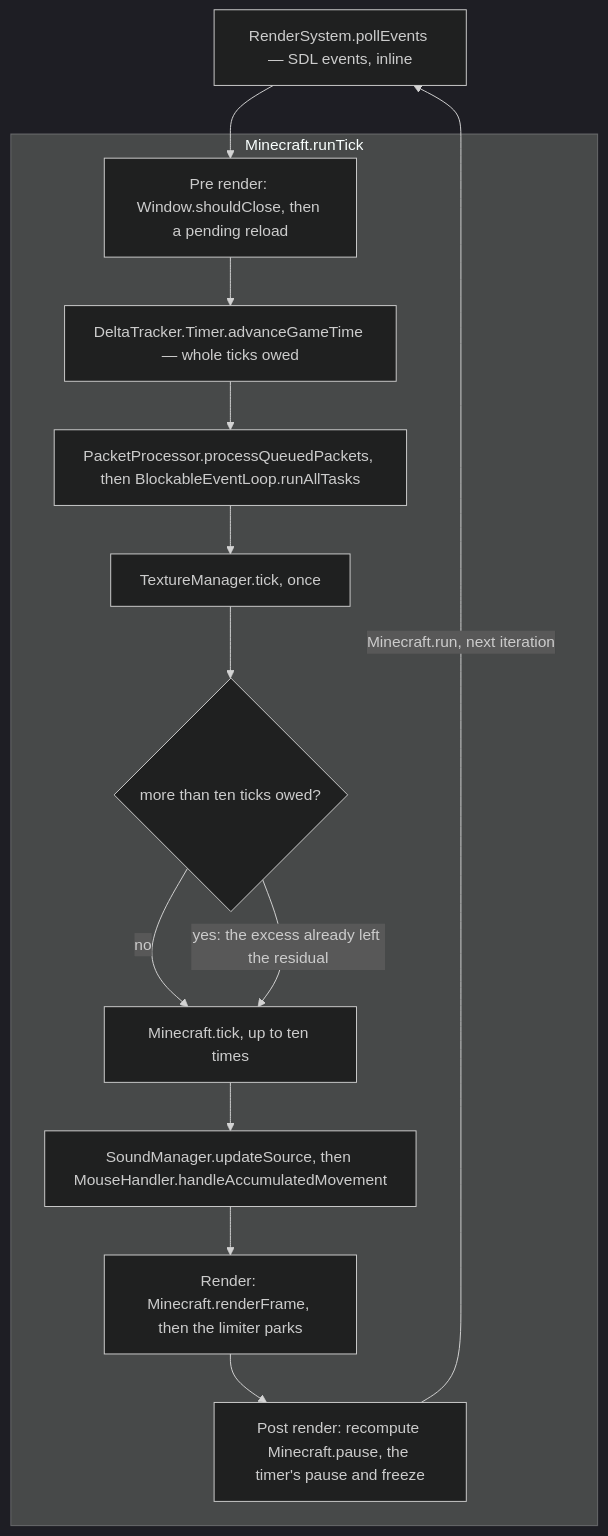
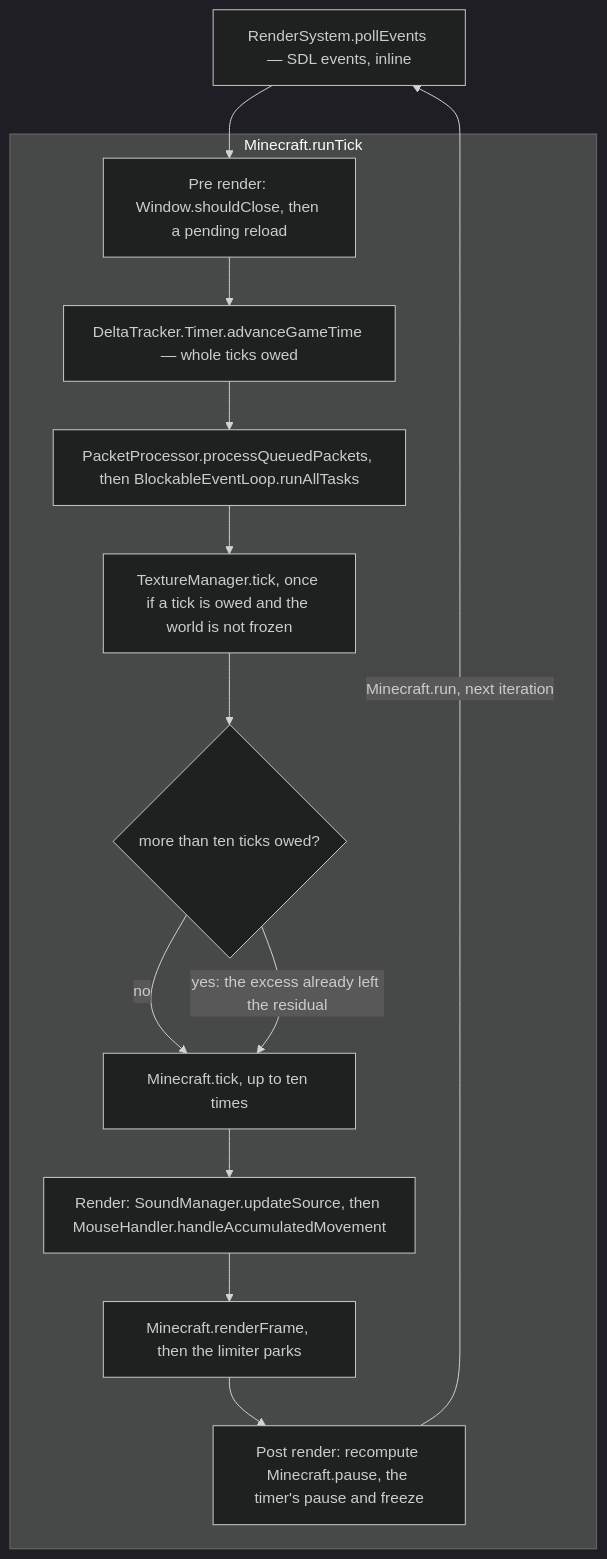
One commit to AlexanderjFraser/MinecraftDocs changed the diagram in src/systems/client/the-client-loop.md. Above: the diagram before and after it, drawn with Mermaid (dark theme). The commit also changed other lines of this file and 33 other files, not shown here.

````diff
--- a/src/systems/client/the-client-loop.md
+++ b/src/systems/client/the-client-loop.md
@@ -53,21 +50,21 @@
 ```mermaid
 flowchart TD
     POLL["RenderSystem.pollEvents — SDL events, inline"]
     subgraph RT["Minecraft.runTick"]
         PRE["Pre render: Window.shouldClose, then a pending reload"]
         ASK["DeltaTracker.Timer.advanceGameTime — whole ticks owed"]
         DRAIN["PacketProcessor.processQueuedPackets, then BlockableEventLoop.runAllTasks"]
-        TEX["TextureManager.tick, once"]
+        TEX["TextureManager.tick, once if a tick is owed and the world is not frozen"]
         CLAMP{"more than ten ticks owed?"}
         TICK["Minecraft.tick, up to ten times"]
-        PREFRAME["SoundManager.updateSource, then MouseHandler.handleAccumulatedMovement"]
-        FRAME["Render: Minecraft.renderFrame, then the limiter parks"]
+        PREFRAME["Render: SoundManager.updateSource, then MouseHandler.handleAccumulatedMovement"]
+        FRAME["Minecraft.renderFrame, then the limiter parks"]
         POST["Post render: recompute Minecraft.pause, the timer's pause and freeze"]
         PRE --> ASK --> DRAIN --> TEX --> CLAMP
         CLAMP -- "no" --> TICK
         CLAMP -- "yes: the excess already left the residual" --> TICK
         TICK --> PREFRAME --> FRAME --> POST
     end
     POLL --> PRE
     POST -- "Minecraft.run, next iteration" --> POLL
 ```
````
